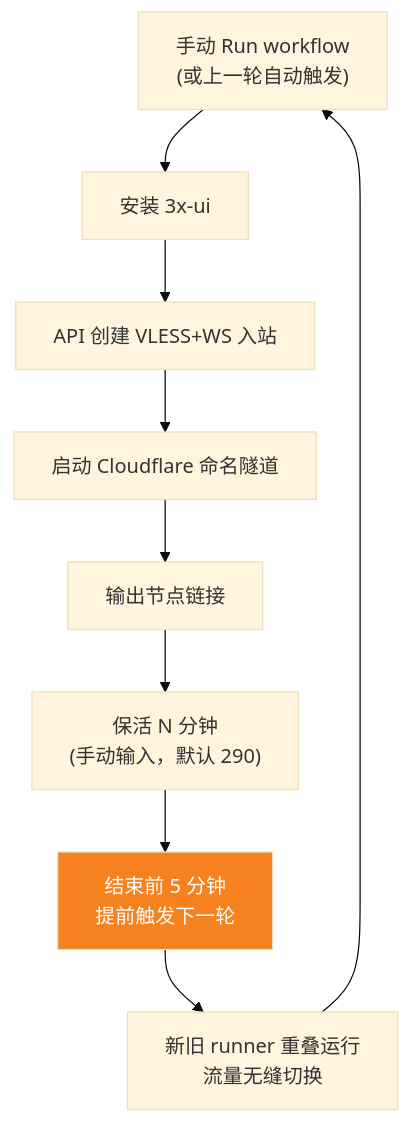
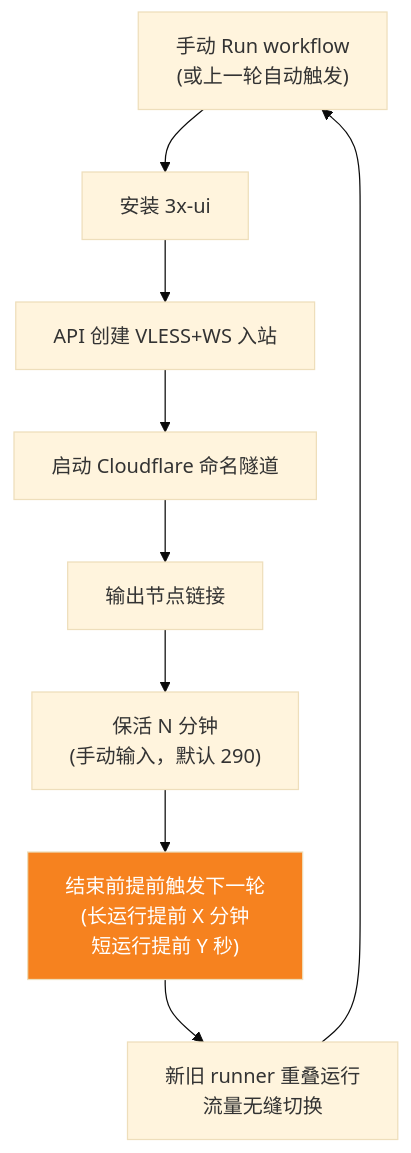
The second of 3 diagrams in README.md (1246437945/cloud-3xui), drawn with Mermaid (base theme) before and after one commit.

Commit message:
docs: flowchart use variable overlap

````diff
--- a/README.md
+++ b/README.md
@@ -30,13 +30,13 @@
 ```mermaid
 flowchart TD
     A["手动 Run workflow\n(或上一轮自动触发)"] --> B["安装 3x-ui"]
     B --> C["API 创建 VLESS+WS 入站"]
     C --> D["启动 Cloudflare 命名隧道"]
     D --> E["输出节点链接"]
     E --> F["保活 N 分钟<br/>(手动输入，默认 290)"]
-    F --> G["结束前 5 分钟<br/>提前触发下一轮"]
+    F --> G["结束前提前触发下一轮<br/>(长运行提前 X 分钟<br/>短运行提前 Y 秒)"]
     G --> H["新旧 runner 重叠运行<br/>流量无缝切换"]
     H --> A
 
     style G fill:#f6821f,color:#fff
 ```
````
